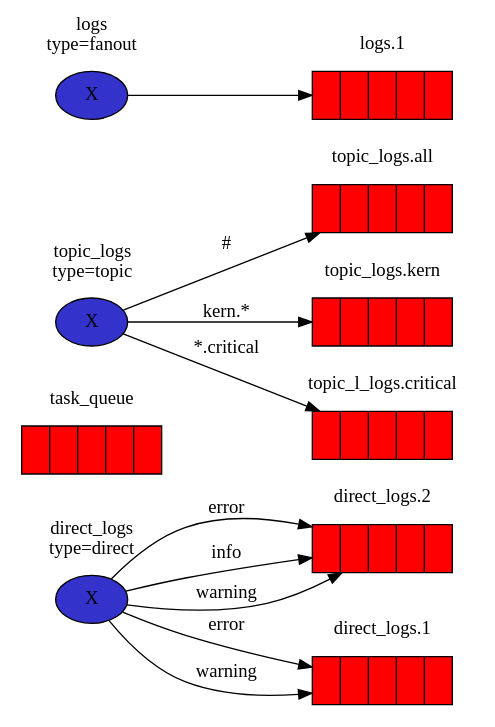
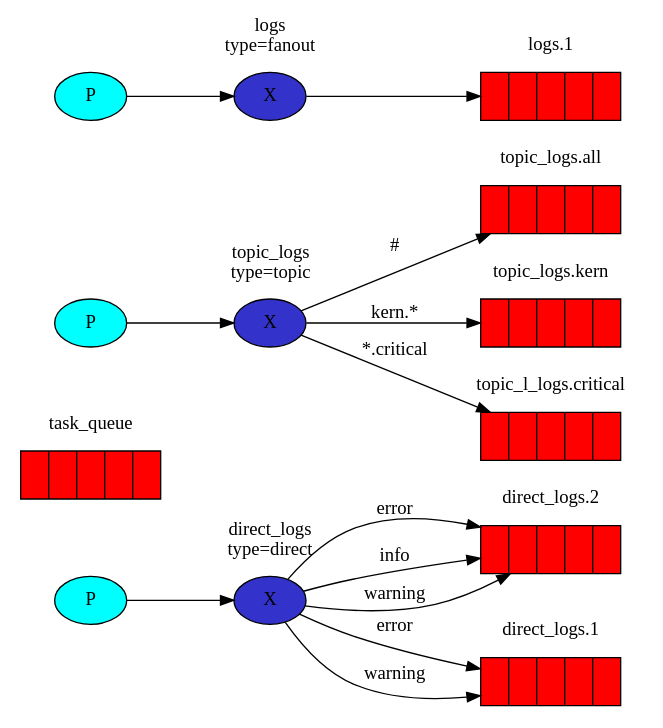
Before and after one commit to ljcoomber/rabbitmq-graphviz: the diagram in samples/tutorial.dot, drawn with Graphviz. The commit also changed 3 other files, not shown here.

```diff
--- a/samples/tutorial.dot
+++ b/samples/tutorial.dot
@@ -1,76 +1,82 @@
 digraph {
   bgcolor=transparent;
   truecolor=true;
   rankdir=LR;
   node [style="filled"];
 
   subgraph cluster_Q_direct_logs_2 {
     label="direct_logs.2";
     color=transparent;
     "Q_direct_logs_2" [label="{||||}", fillcolor="red", shape="record"];
   }
 
   subgraph cluster_Q_task_queue {
     label="task_queue";
     color=transparent;
     "Q_task_queue" [label="{||||}", fillcolor="red", shape="record"];
   }
 
   subgraph cluster_Q_direct_logs_1 {
     label="direct_logs.1";
     color=transparent;
     "Q_direct_logs_1" [label="{||||}", fillcolor="red", shape="record"];
   }
 
   subgraph cluster_Q_topic_logs_all {
     label="topic_logs.all";
     color=transparent;
     "Q_topic_logs_all" [label="{||||}", fillcolor="red", shape="record"];
   }
 
   subgraph cluster_Q_logs_1 {
     label="logs.1";
     color=transparent;
     "Q_logs_1" [label="{||||}", fillcolor="red", shape="record"];
   }
 
   subgraph cluster_Q_topic_logs_kern {
     label="topic_logs.kern";
     color=transparent;
     "Q_topic_logs_kern" [label="{||||}", fillcolor="red", shape="record"];
   }
 
   subgraph cluster_Q_topic_l_logs_critical {
     label="topic_l_logs.critical";
     color=transparent;
     "Q_topic_l_logs_critical" [label="{||||}", fillcolor="red", shape="record"];
   }
 
   subgraph cluster_X_topic_logs {
     label="topic_logs\ntype=topic";
     color=transparent;
     "X_topic_logs" [label="X", fillcolor="#3333CC", shape="ellipse"];
   }
 
+  "P_topic_logs" [label="P", style="filled", fillcolor="#00ffff"];
+  "P_topic_logs" -> "X_topic_logs";
   subgraph cluster_X_logs {
     label="logs\ntype=fanout";
     color=transparent;
     "X_logs" [label="X", fillcolor="#3333CC", shape="ellipse"];
   }
 
+  "P_logs" [label="P", style="filled", fillcolor="#00ffff"];
+  "P_logs" -> "X_logs";
   subgraph cluster_X_direct_logs {
     label="direct_logs\ntype=direct";
     color=transparent;
     "X_direct_logs" [label="X", fillcolor="#3333CC", shape="ellipse"];
   }
 
+  "P_direct_logs" [label="P", style="filled", fillcolor="#00ffff"];
+  "P_direct_logs" -> "X_direct_logs";
   X_direct_logs -> Q_direct_logs_1 [label="error"];
   X_direct_logs -> Q_direct_logs_2 [label="error"];
   X_direct_logs -> Q_direct_logs_2 [label="info"];
   X_direct_logs -> Q_direct_logs_1 [label="warning"];
   X_direct_logs -> Q_direct_logs_2 [label="warning"];
   X_logs -> Q_logs_1 [label=""];
   X_topic_logs -> Q_topic_logs_all [label="#"];
   X_topic_logs -> Q_topic_l_logs_critical [label="*.critical"];
   X_topic_logs -> Q_topic_logs_kern [label="kern.*"];
 }
```
